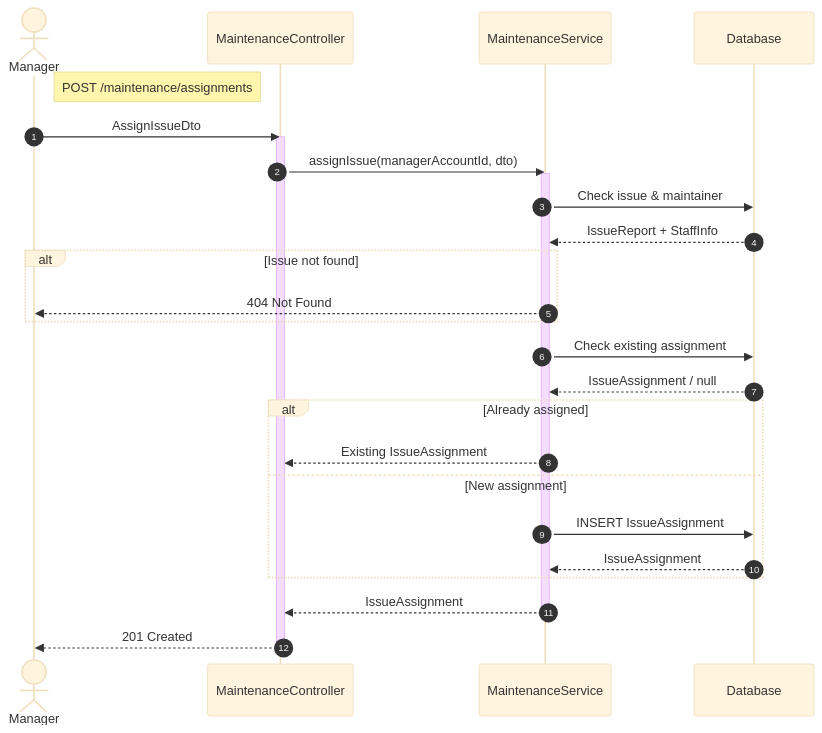
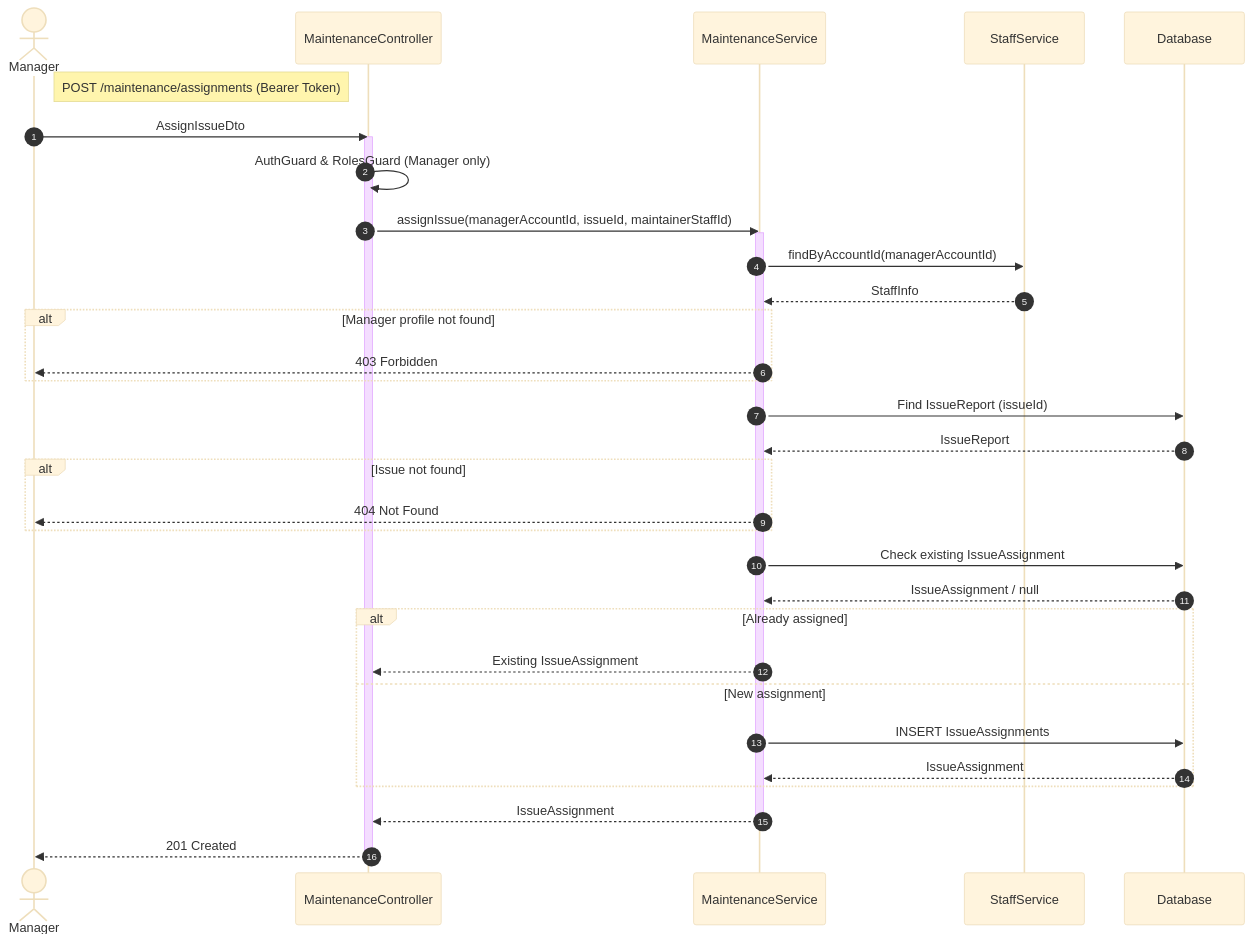
One commit to Notimemech/HotelHubManagement changed the diagram in docs/modules/maintenance/sequence/assign-issue.mmd. Above: the diagram before and after it, drawn with Mermaid (base theme). The commit also changed 6 other files, not shown here.

Commit message:
feat: Update housekeeping and maintenance diagrams with new classes and sequence flows

```diff
--- a/docs/modules/maintenance/sequence/assign-issue.mmd
+++ b/docs/modules/maintenance/sequence/assign-issue.mmd
@@ -1,36 +1,45 @@
 sequenceDiagram
     autonumber
     actor Client as Manager
     participant Ctrl as MaintenanceController
     participant Service as MaintenanceService
+    participant StaffSvc as StaffService
     participant DB as Database
 
-    note right of Client: POST /maintenance/assignments
+    note right of Client: POST /maintenance/assignments (Bearer Token)
     Client->>Ctrl: AssignIssueDto
     activate Ctrl
+    Ctrl->>Ctrl: AuthGuard & RolesGuard (Manager only)
 
-    Ctrl->>Service: assignIssue(managerAccountId, dto)
+    Ctrl->>Service: assignIssue(managerAccountId, issueId, maintainerStaffId)
     activate Service
-    
-    Service->>DB: Check issue & maintainer
-    DB-->>Service: IssueReport + StaffInfo
+
+    Service->>StaffSvc: findByAccountId(managerAccountId)
+    StaffSvc-->>Service: StaffInfo
+
+    alt Manager profile not found
+        Service-->>Client: 403 Forbidden
+    end
+
+    Service->>DB: Find IssueReport (issueId)
+    DB-->>Service: IssueReport
 
     alt Issue not found
         Service-->>Client: 404 Not Found
     end
 
-    Service->>DB: Check existing assignment
+    Service->>DB: Check existing IssueAssignment
     DB-->>Service: IssueAssignment / null
 
     alt Already assigned
         Service-->>Ctrl: Existing IssueAssignment
     else New assignment
-        Service->>DB: INSERT IssueAssignment
+        Service->>DB: INSERT IssueAssignments
         DB-->>Service: IssueAssignment
     end
 
     Service-->>Ctrl: IssueAssignment
     deactivate Service
-    
+
     Ctrl-->>Client: 201 Created
     deactivate Ctrl
```
